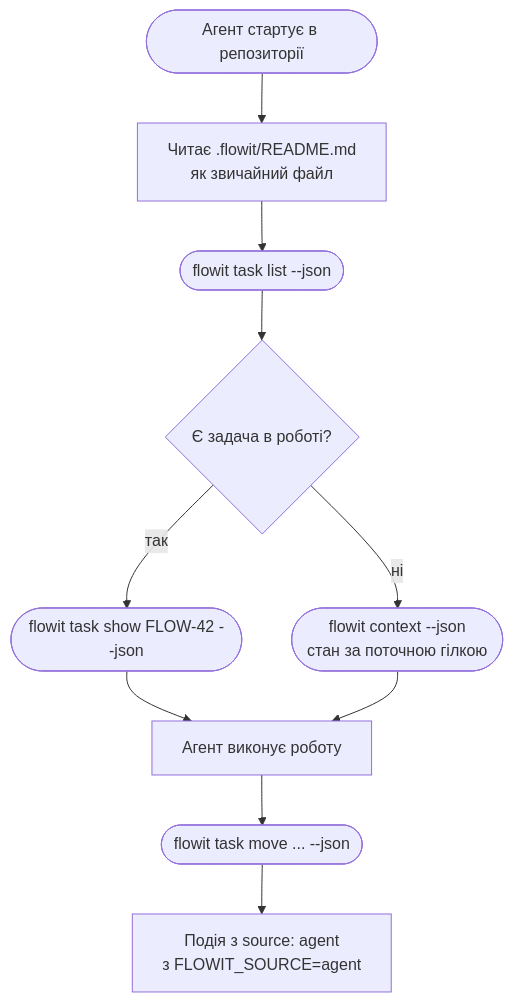
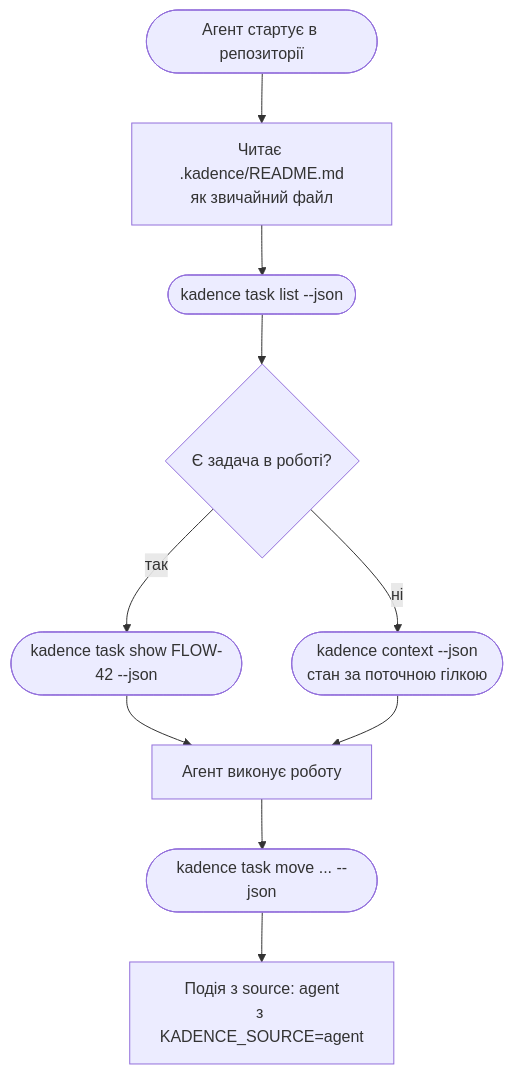
One commit to bogutskiandriy/kadence changed the third of 5 diagrams in docs/design/user-flows.md. Above: the diagram before and after it, drawn with Mermaid. The commit also changed other lines of this file and 64 other files, not shown here.

````diff
--- a/docs/design/user-flows.md
+++ b/docs/design/user-flows.md
@@ -54,12 +54,12 @@
 ```mermaid
 flowchart TD
-    A([Агент стартує в репозиторії]) --> B[Читає .flowit/README.md<br/>як звичайний файл]
-    B --> C([flowit task list --json])
+    A([Агент стартує в репозиторії]) --> B[Читає .kadence/README.md<br/>як звичайний файл]
+    B --> C([kadence task list --json])
     C --> D{Є задача в роботі?}
-    D -- так --> E([flowit task show FLOW-42 --json])
-    D -- ні --> F([flowit context --json<br/>стан за поточною гілкою])
+    D -- так --> E([kadence task show FLOW-42 --json])
+    D -- ні --> F([kadence context --json<br/>стан за поточною гілкою])
     E --> G[Агент виконує роботу]
     F --> G
-    G --> H([flowit task move ... --json])
-    H --> I[Подія з source: agent<br/>з FLOWIT_SOURCE=agent]
+    G --> H([kadence task move ... --json])
+    H --> I[Подія з source: agent<br/>з KADENCE_SOURCE=agent]
 ```
````
